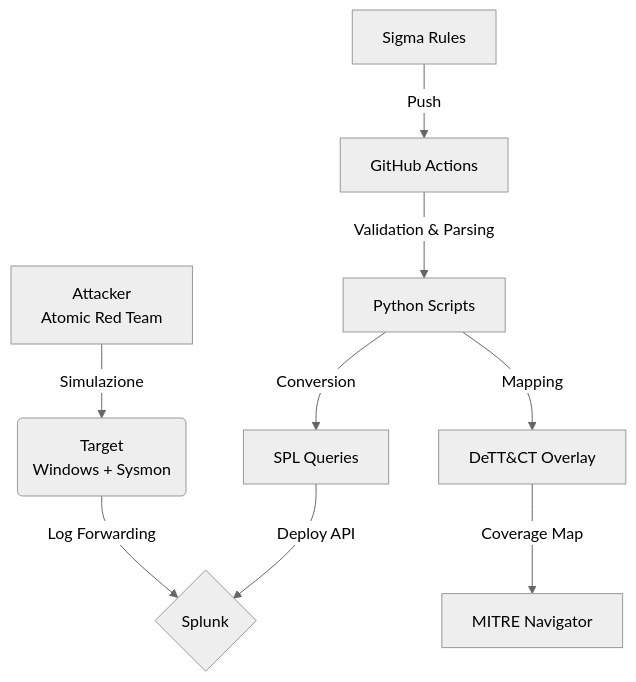
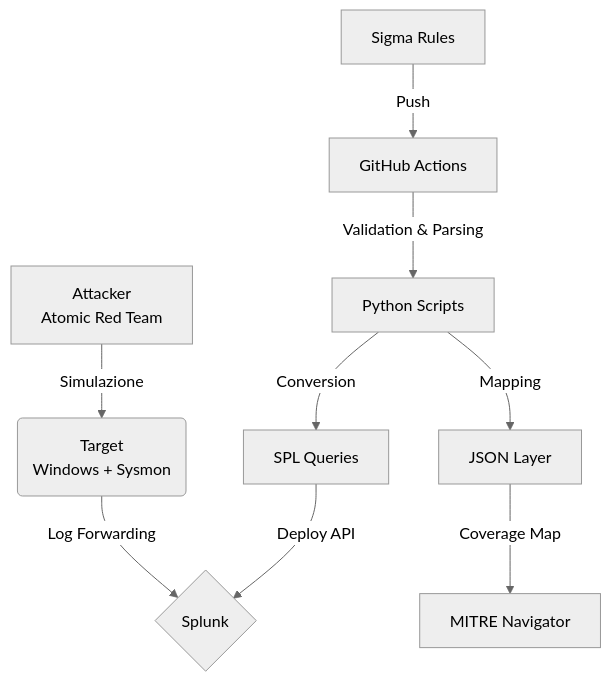
Before and after one commit to raffaele-sec/detection-as-code-lab: the diagram in README.md, drawn with Mermaid (neutral theme). The commit also changed other lines of this file, not shown here.

````diff
--- a/README.md
+++ b/README.md
@@ -9,11 +9,11 @@
 ```mermaid
 graph TD
     A[Attacker<br/>Atomic Red Team] -->|Simulazione| B(Target<br/>Windows + Sysmon)
     B -->|Log Forwarding| C{Splunk}
     D[Sigma Rules] -->|Push| E[GitHub Actions]
     E -->|Validation & Parsing| F[Python Scripts]
     F -->|Conversion| G[SPL Queries]
-    F -->|Mapping| H[DeTT&CT Overlay]
+    F -->|Mapping| H[JSON Layer]
     G -->|Deploy API| C
     H -->|Coverage Map| I[MITRE Navigator]
 ```
````
